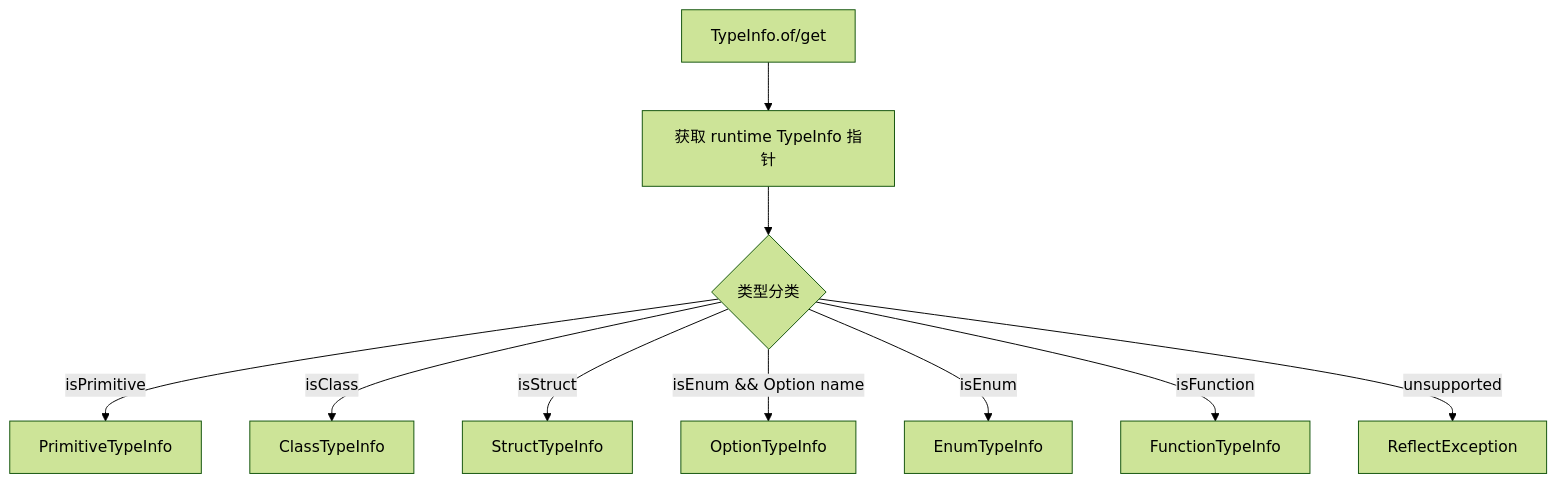
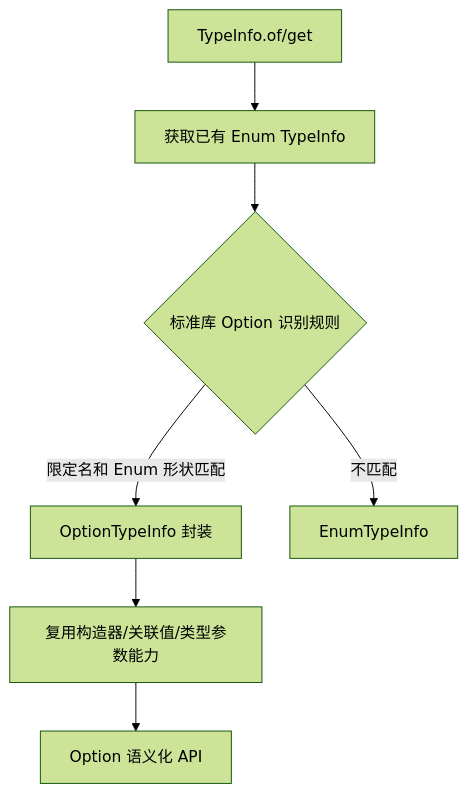
The second of 2 diagrams in 架构特性设计-反射增加支持 Option 特性设计提案.md (cangjielanguage/proposal), drawn with Mermaid (forest theme) before and after one commit. The commit also changed other lines of this file, not shown here.

Commit message:
docs(reflect): clarify Option reflection over enum metadata

````diff
--- a/架构特性设计-反射增加支持 Option 特性设计提案.md
+++ b/架构特性设计-反射增加支持 Option 特性设计提案.md
@@ -135,12 +142,9 @@
 ```mermaid
 flowchart TD
-    A[TypeInfo.of/get] --> B[获取 runtime TypeInfo 指针]
-    B --> C{类型分类}
-    C -->|isPrimitive| D[PrimitiveTypeInfo]
-    C -->|isClass| E[ClassTypeInfo]
-    C -->|isStruct| F[StructTypeInfo]
-    C -->|isEnum && Option name| G[OptionTypeInfo]
-    C -->|isEnum| H[EnumTypeInfo]
-    C -->|isFunction| I[FunctionTypeInfo]
-    C -->|unsupported| J[ReflectException]
+    A[TypeInfo.of/get] --> B[获取已有 Enum TypeInfo]
+    B --> C{标准库 Option 识别规则}
+    C -->|限定名和 Enum 形状匹配| D[OptionTypeInfo 封装]
+    C -->|不匹配| E[EnumTypeInfo]
+    D --> F[复用构造器/关联值/类型参数能力]
+    F --> G[Option 语义化 API]
 ```
````
